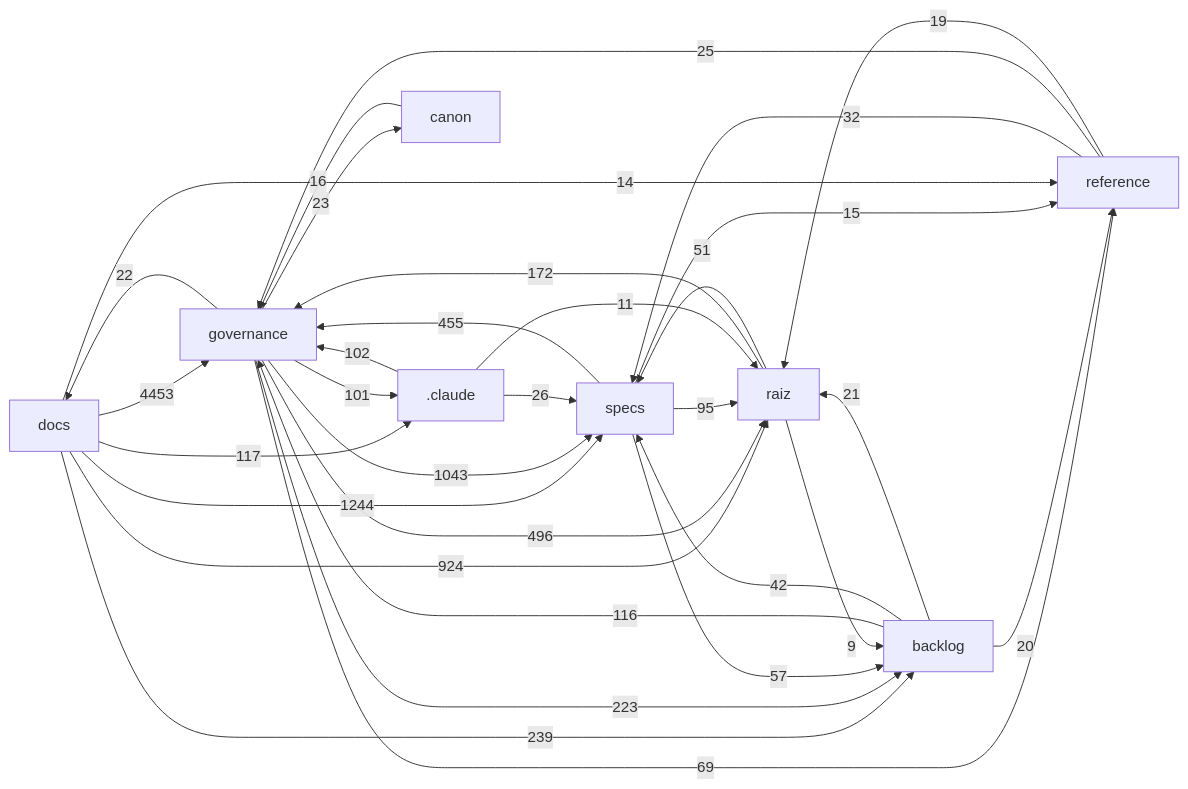
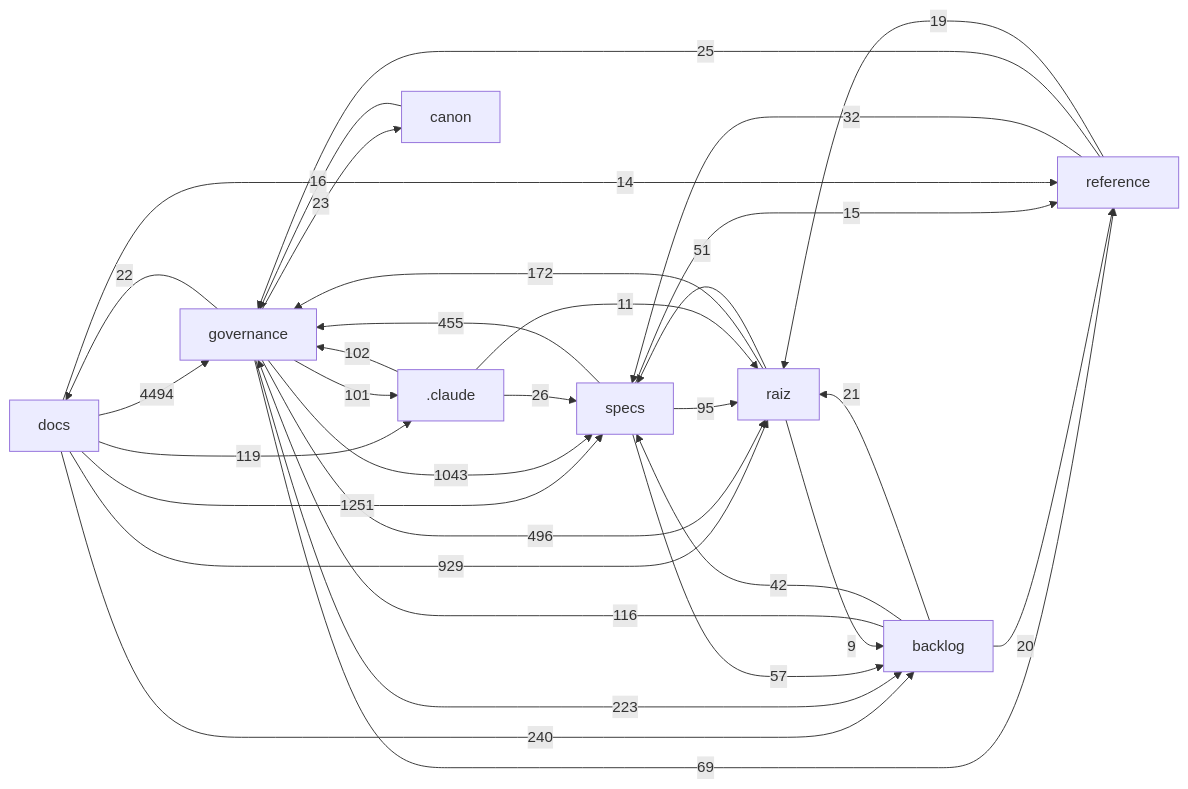
One commit to Andraus35/Sistema-Operacional-de-Trading--SOT changed the diagram in docs/mapa/MAPA-PROJETO.md. Above: the diagram before and after it, drawn with Mermaid. The commit also changed other lines of this file, not shown here.

````diff
--- a/docs/mapa/MAPA-PROJETO.md
+++ b/docs/mapa/MAPA-PROJETO.md
@@ -29,34 +29,34 @@
 ```mermaid
 flowchart LR
-  docs["docs"] -->|4453| governance["governance"]
-  docs["docs"] -->|1244| specs["specs"]
+  docs["docs"] -->|4494| governance["governance"]
+  docs["docs"] -->|1251| specs["specs"]
   governance["governance"] -->|1043| specs["specs"]
-  docs["docs"] -->|924| raiz["raiz"]
+  docs["docs"] -->|929| raiz["raiz"]
   governance["governance"] -->|496| raiz["raiz"]
   specs["specs"] -->|455| governance["governance"]
-  docs["docs"] -->|239| backlog["backlog"]
+  docs["docs"] -->|240| backlog["backlog"]
   governance["governance"] -->|223| backlog["backlog"]
   raiz["raiz"] -->|172| governance["governance"]
-  docs["docs"] -->|117| _claude[".claude"]
+  docs["docs"] -->|119| _claude[".claude"]
   backlog["backlog"] -->|116| governance["governance"]
   _claude[".claude"] -->|102| governance["governance"]
   governance["governance"] -->|101| _claude[".claude"]
   specs["specs"] -->|95| raiz["raiz"]
   governance["governance"] -->|69| reference["reference"]
   specs["specs"] -->|57| backlog["backlog"]
   raiz["raiz"] -->|51| specs["specs"]
   backlog["backlog"] -->|42| specs["specs"]
   reference["reference"] -->|32| specs["specs"]
   _claude[".claude"] -->|26| specs["specs"]
   reference["reference"] -->|25| governance["governance"]
   governance["governance"] -->|23| canon["canon"]
   governance["governance"] -->|22| docs["docs"]
   backlog["backlog"] -->|21| raiz["raiz"]
   backlog["backlog"] -->|20| reference["reference"]
   reference["reference"] -->|19| raiz["raiz"]
   canon["canon"] -->|16| governance["governance"]
   specs["specs"] -->|15| reference["reference"]
   docs["docs"] -->|14| reference["reference"]
   _claude[".claude"] -->|11| raiz["raiz"]
   raiz["raiz"] -->|9| backlog["backlog"]
 ```
````
